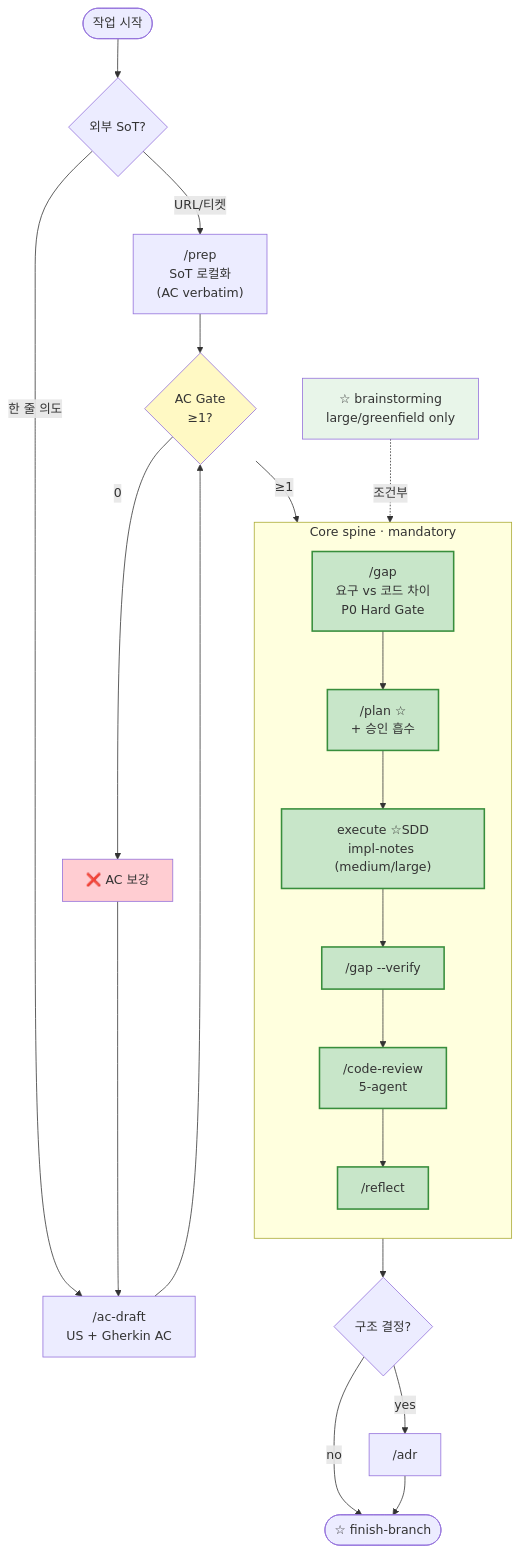
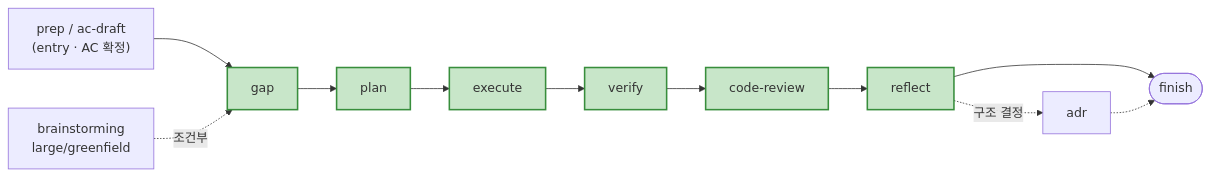
Before and after one commit to narashin/nara-kit: the first of 2 diagrams in README.md, drawn with Mermaid. The commit also changed other lines of this file and 8 other files, not shown here.

Commit message:
refactor: remove ooo/ouroboros refs, simplify dev workflow diagram

````diff
--- a/README.md
+++ b/README.md
@@ -130,37 +130,13 @@
 ```mermaid
-flowchart TD
-    START([작업 시작]) --> ENTRY{외부 SoT?}
-    ENTRY -->|URL/티켓| PREP["/prep<br>SoT 로컬화<br>(AC verbatim)"]
-    ENTRY -->|한 줄 의도| AC["/ac-draft<br>US + Gherkin AC"]
-    PREP --> ACGATE
-    AC --> ACGATE{AC Gate<br>≥1?}
-    ACGATE -->|0| ACBLOCK["❌ AC 보강"]
-    ACBLOCK --> AC
-    ACGATE -->|≥1| GAP
+flowchart LR
+    E["prep / ac-draft<br>(entry · AC 확정)"] --> G[gap] --> P[plan] --> X[execute] --> V[verify] --> R[code-review] --> RF[reflect] --> F([finish])
+    B["brainstorming<br>large/greenfield"] -. 조건부 .-> G
+    RF -. 구조 결정 .-> A[adr] -.-> F
 
-    subgraph CORE [Core spine · mandatory]
-        direction TB
-        GAP["/gap<br>요구 vs 코드 차이<br>P0 Hard Gate"] --> PLAN["/plan ☆<br>+ 승인 흡수"]
-        PLAN --> EXEC["execute ☆SDD<br>impl-notes (medium/large)"]
-        EXEC --> VERIFY["/gap --verify"]
-        VERIFY --> REVIEW["/code-review<br>5-agent"]
-        REVIEW --> REFLECT["/reflect"]
-    end
-
-    REFLECT --> ADRQ{구조 결정?}
-    ADRQ -->|yes| ADR["/adr"]
-    ADRQ -->|no| FINISH(["☆ finish-branch"])
-    ADR --> FINISH
-
-    BRAIN["☆ brainstorming<br>large/greenfield only"] -.조건부.-> GAP
-
-    style GAP fill:#c8e6c9,stroke:#388e3c,stroke-width:2px
-    style PLAN fill:#c8e6c9,stroke:#388e3c,stroke-width:2px
-    style EXEC fill:#c8e6c9,stroke:#388e3c,stroke-width:2px
-    style VERIFY fill:#c8e6c9,stroke:#388e3c,stroke-width:2px
-    style REVIEW fill:#c8e6c9,stroke:#388e3c,stroke-width:2px
-    style REFLECT fill:#c8e6c9,stroke:#388e3c,stroke-width:2px
-    style ACGATE fill:#fff9c4
-    style ACBLOCK fill:#ffcdd2
-    style BRAIN fill:#e8f5e9
+    style G fill:#c8e6c9,stroke:#388e3c,stroke-width:2px
+    style P fill:#c8e6c9,stroke:#388e3c,stroke-width:2px
+    style X fill:#c8e6c9,stroke:#388e3c,stroke-width:2px
+    style V fill:#c8e6c9,stroke:#388e3c,stroke-width:2px
+    style R fill:#c8e6c9,stroke:#388e3c,stroke-width:2px
+    style RF fill:#c8e6c9,stroke:#388e3c,stroke-width:2px
 ```
````
